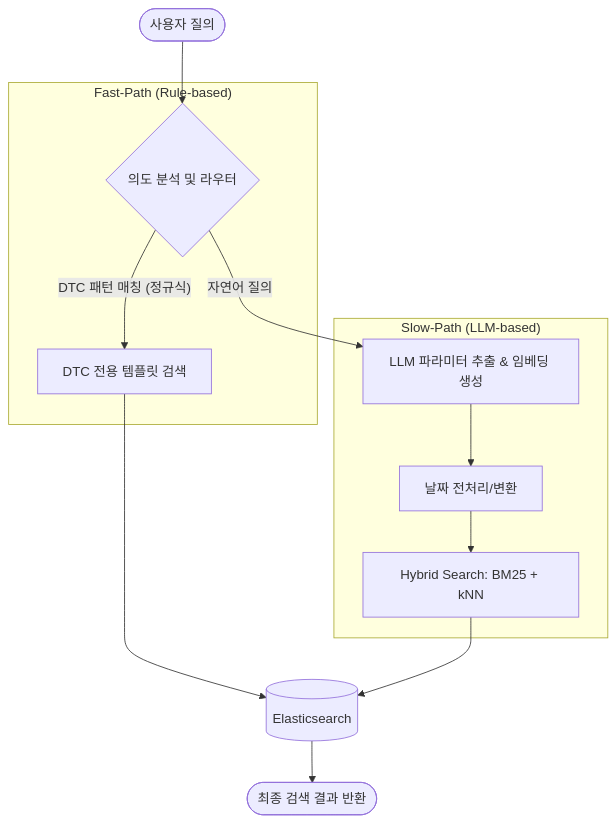
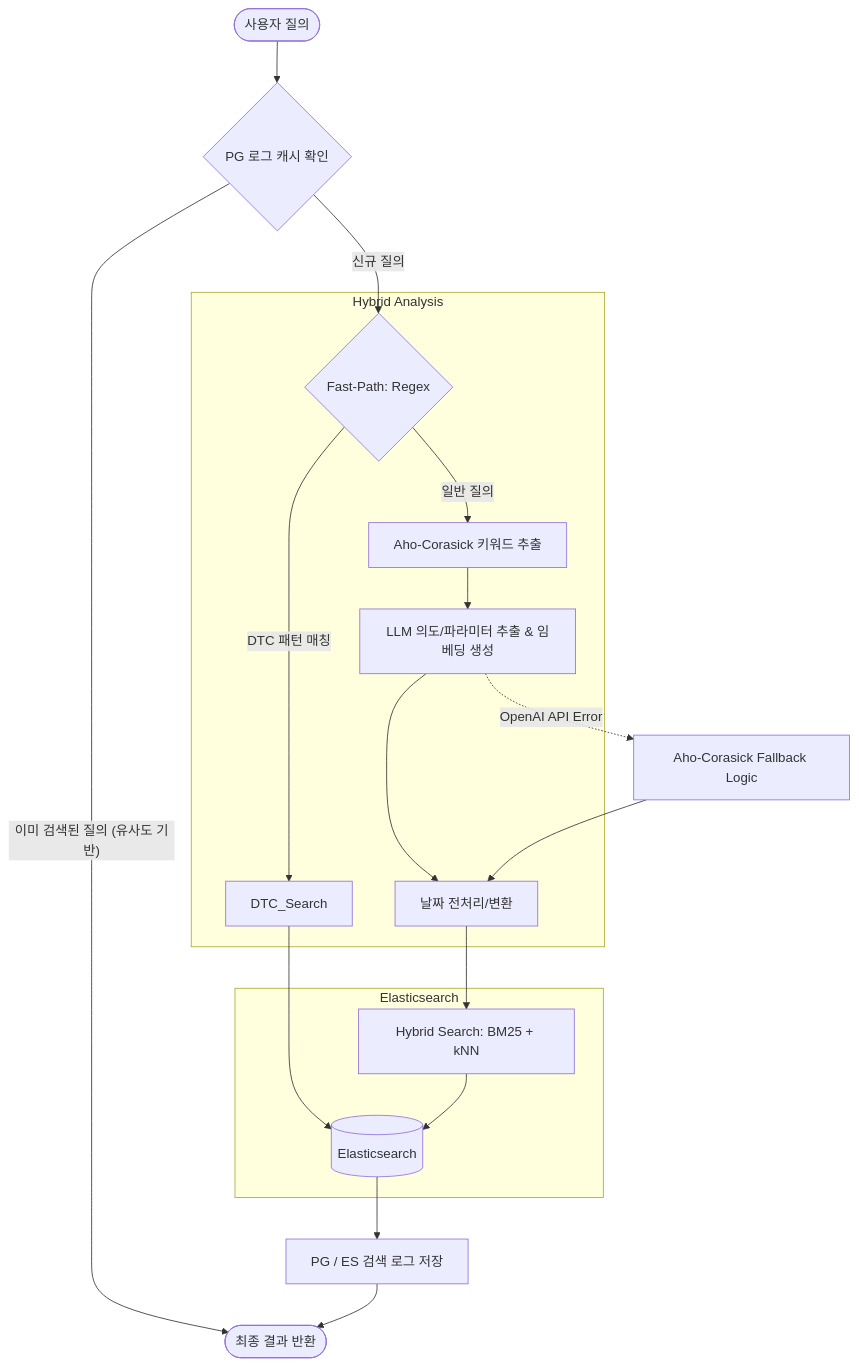
The diagram in README.md (jaechul4444-commits/IntentAnalyzer0.0), drawn with Mermaid before and after one commit. The commit also changed other lines of this file and 9 other files, not shown here.

````diff
--- a/README.md
+++ b/README.md
@@ -11,18 +11,26 @@
 ```mermaid
 graph TD
-    User([사용자 질의]) --> Router{의도 분석 및 라우터}
+    User([사용자 질의]) --> Cache{PG 로그 캐시 확인}
+    Cache -- "이미 검색된 질의 (유사도 기반)" --> Response
+    Cache -- "신규 질의" --> FastPath{Fast-Path: Regex}
     
-    subgraph "Fast-Path (Rule-based)"
-        Router -- "DTC 패턴 매칭 (정규식)" --> DTC_Search[DTC 전용 템플릿 검색]
+    subgraph "Hybrid Analysis"
+        FastPath -- "DTC 패턴 매칭" --> DTC_Search
+        FastPath -- "일반 질의" --> AC_Match[Aho-Corasick 키워드 추출]
+        AC_Match --> LLM_Extract[LLM 의도/파라미터 추출 & 임베딩 생성]
+        LLM_Extract --> Date_Parser[날짜 전처리/변환]
     end
     
-    subgraph "Slow-Path (LLM-based)"
-        Router -- "자연어 질의" --> LLM_Extract[LLM 파라미터 추출 & 임베딩 생성]
-        LLM_Extract --> Date_Parser[날짜 전처리/변환]
+    subgraph "Elasticsearch"
+        DTC_Search --> ES[(Elasticsearch)]
         Date_Parser --> Hybrid_Search[Hybrid Search: BM25 + kNN]
+        Hybrid_Search --> ES
     end
     
-    DTC_Search --> ES[(Elasticsearch)]
-    Hybrid_Search --> ES
-    ES --> Response([최종 검색 결과 반환])
+    ES --> Log_Save[PG / ES 검색 로그 저장]
+    Log_Save --> Response([최종 결과 반환])
+    
+    %% Fallback Logic
+    LLM_Extract -.->|OpenAI API Error| Fallback[Aho-Corasick Fallback Logic]
+    Fallback --> Date_Parser
 ```
````
